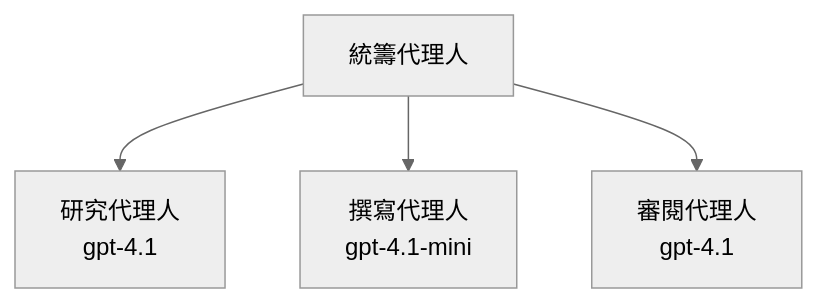
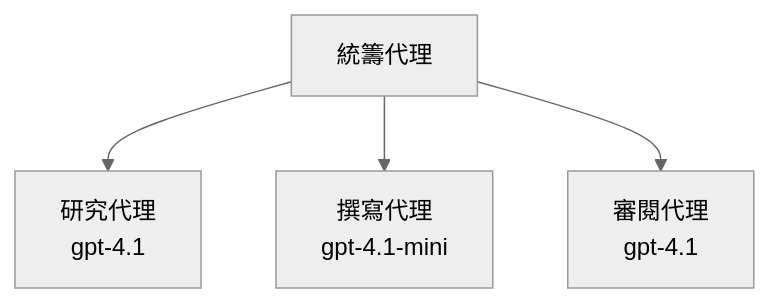
One commit to microsoft/AZD-for-beginners changed the third of 3 diagrams in translations/zh-HK/docs/chapter-02-ai-development/agents.md. Above: the diagram before and after it, drawn with Mermaid (neutral theme). The commit also changed other lines of this file and 104 other files, not shown here.

````diff
--- a/translations/zh-HK/docs/chapter-02-ai-development/agents.md
+++ b/translations/zh-HK/docs/chapter-02-ai-development/agents.md
@@ -194,6 +201,6 @@
 ```mermaid
 graph TD
-    Orchestrator[統籌代理人] --> Research[研究代理人<br/>gpt-4.1]
-    Orchestrator --> Writer[撰寫代理人<br/>gpt-4.1-mini]
-    Orchestrator --> Reviewer[審閱代理人<br/>gpt-4.1]
+    Orchestrator[統籌代理] --> Research[研究代理<br/>gpt-4.1]
+    Orchestrator --> Writer[撰寫代理<br/>gpt-4.1-mini]
+    Orchestrator --> Reviewer[審閱代理<br/>gpt-4.1]
 ```
````
